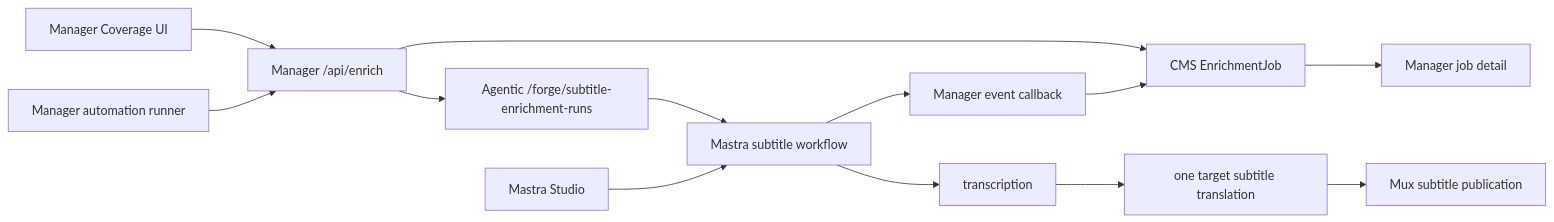
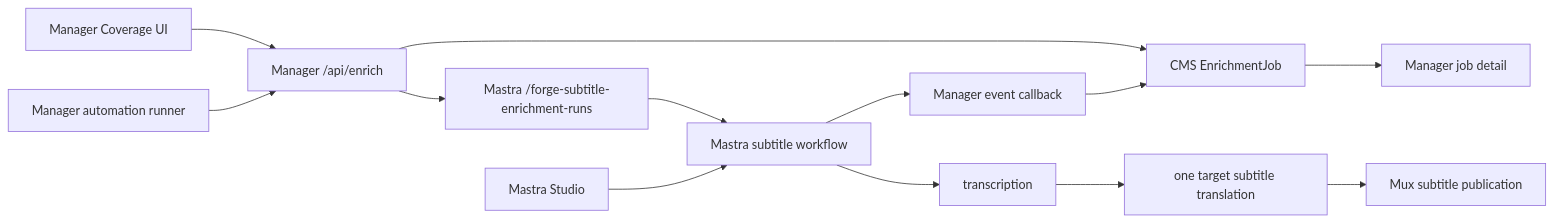
Before and after one commit to JesusFilm/forge: the diagram in docs/plans/2026-05-05-feat-agentic-subtitle-enrichment-workflow-plan.md, drawn with Mermaid. The commit also changed other lines of this file and 70 other files, not shown here.

Commit message:
feat(mastra): port subtitle enrichment handoff

````diff
--- a/docs/plans/2026-05-05-feat-agentic-subtitle-enrichment-workflow-plan.md
+++ b/docs/plans/2026-05-05-feat-agentic-subtitle-enrichment-workflow-plan.md
@@ -84,15 +83,15 @@
 ```mermaid
 flowchart LR
   Coverage["Manager Coverage UI"] --> Enrich["Manager /api/enrich"]
   Automation["Manager automation runner"] --> Enrich
   Enrich --> Job["CMS EnrichmentJob"]
-  Enrich --> AgenticStart["Agentic /forge/subtitle-enrichment-runs"]
-  AgenticStart --> Mastra["Mastra subtitle workflow"]
+  Enrich --> MastraStart["Mastra /forge-subtitle-enrichment-runs"]
+  MastraStart --> Mastra["Mastra subtitle workflow"]
   Mastra --> Transcribe["transcription"]
   Transcribe --> Translate["one target subtitle translation"]
   Translate --> Publish["Mux subtitle publication"]
   Mastra --> Events["Manager event callback"]
   Events --> Job
   Job --> Detail["Manager job detail"]
   Studio["Mastra Studio"] --> Mastra
 ```
````
